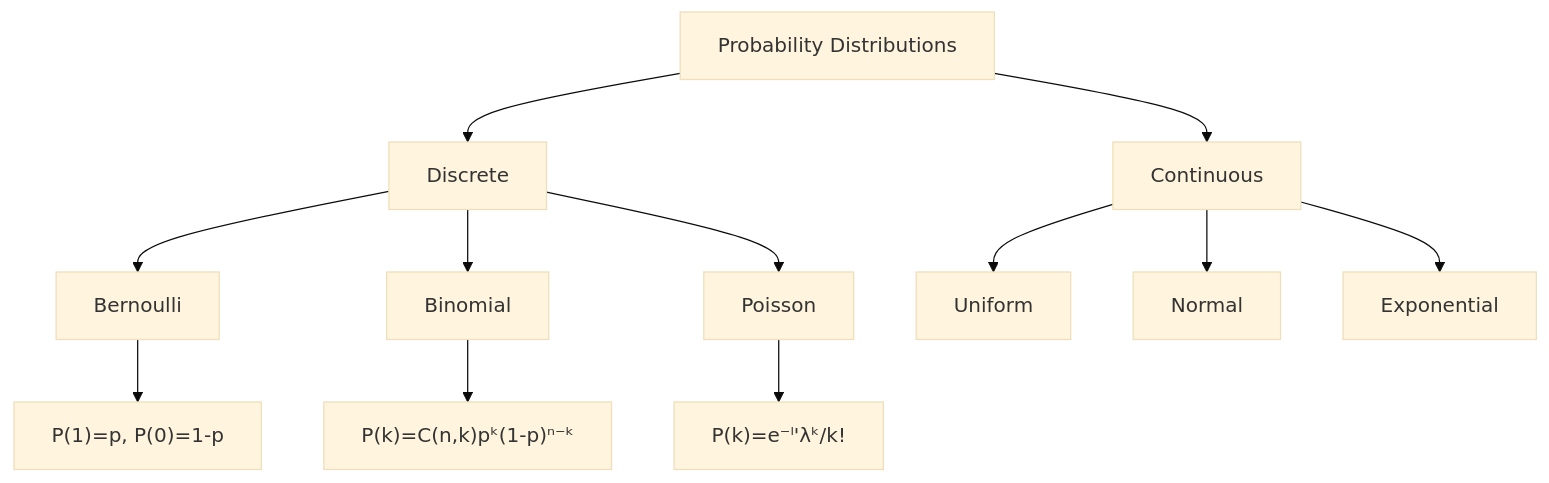
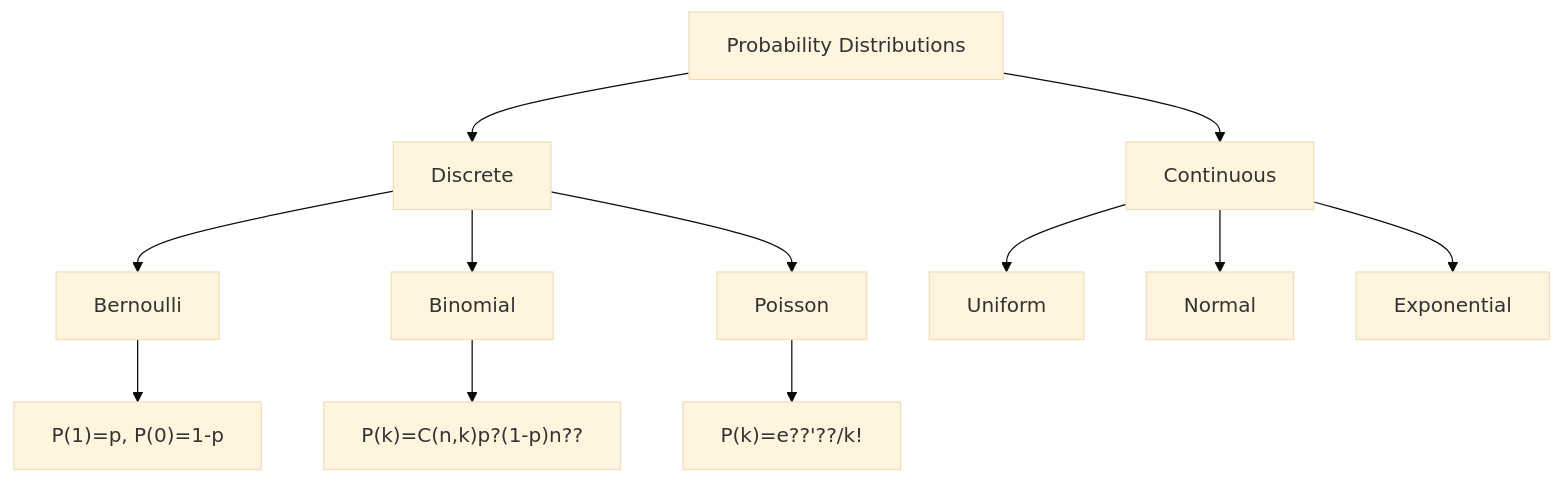
The third of 3 diagrams in docs/courses/discrete-mathematics/13-probability.md (Raushan666java/ai-engineering-journey), drawn with Mermaid (base theme) before and after one commit. The commit also changed other lines of this file and 790 other files, not shown here.

Commit message:
Sync all course diagram renders and content updates

````diff
--- a/docs/courses/discrete-mathematics/13-probability.md
+++ b/docs/courses/discrete-mathematics/13-probability.md
@@ -548,14 +548,14 @@
 ```mermaid
 flowchart TD
     A[Probability Distributions] --> B[Discrete]
     A --> C[Continuous]
     B --> D[Bernoulli]
     B --> E[Binomial]
     B --> F[Poisson]
     C --> G[Uniform]
     C --> H[Normal]
     C --> I[Exponential]
     D --> J["P(1)=p, P(0)=1-p"]
-    E --> K["P(k)=C(n,k)pᵏ(1-p)ⁿ⁻ᵏ"]
-    F --> L["P(k)=e⁻ˡ'λᵏ/k!"]
+    E --> K["P(k)=C(n,k)p?(1-p)n??"]
+    F --> L["P(k)=e??'??/k!"]
 ```
````
